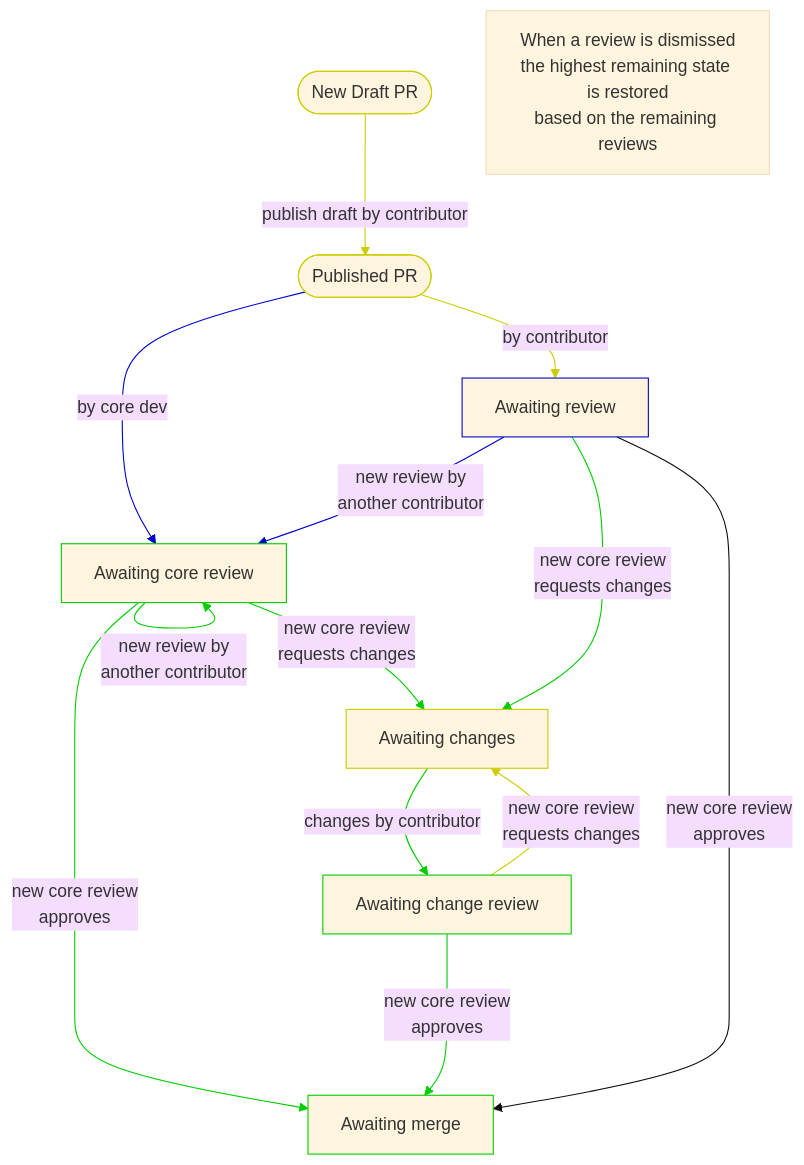
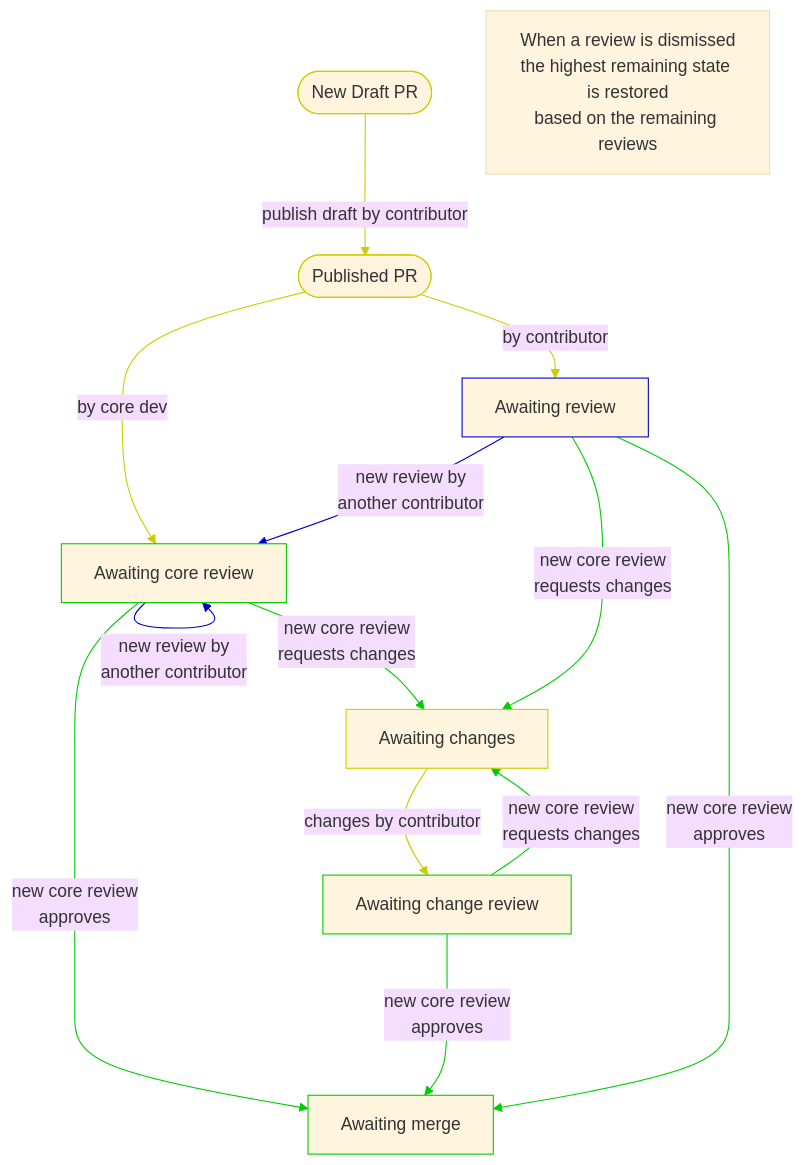
One commit to python/bedevere changed the diagram in README.md. Above: the diagram before and after it, drawn with Mermaid (base theme).

Commit message:
Fix arrow styles in diagram

````diff
--- a/README.md
+++ b/README.md
@@ -44,20 +44,20 @@
 ```mermaid
 flowchart TD
     A([Published PR]):::creator
     A_draft([New Draft PR]):::creator
     A_draft -- publish draft by contributor --> A:::creator
     A -- by contributor --> B[Awaiting review]:::anyone
     A -- by core dev --> C[Awaiting core review]:::coredev
     B & C -- new review by<br/>another contributor --> C
     C & B & E  -- new core review<br/>requests changes --> D[Awaiting changes]:::creator
     D -- changes by contributor --> E[Awaiting change review]:::coredev
     C & E & B -- new core review<br/>approves ---> F[Awaiting merge]:::coredev
     G[When a review is dismissed<br/>the highest remaining state is restored<br/>based on the remaining reviews]
 classDef creator stroke:#CC0;
 classDef anyone stroke:#00C;
 classDef coredev stroke:#0C0;
 classDef triager stroke:#C0C;
-linkStyle 0,1,7 stroke:#CC0,color:auto;
-linkStyle 2,3 stroke:#00C,color:auto;
-linkStyle 4,5,6,8,9,10 stroke:#0C0,color:auto;
+linkStyle 0,1,2,8 stroke:#CC0,color:auto;
+linkStyle 3,4 stroke:#00C,color:auto;
+linkStyle 5,6,7,9,10,11 stroke:#0C0,color:auto;
 ```
````
